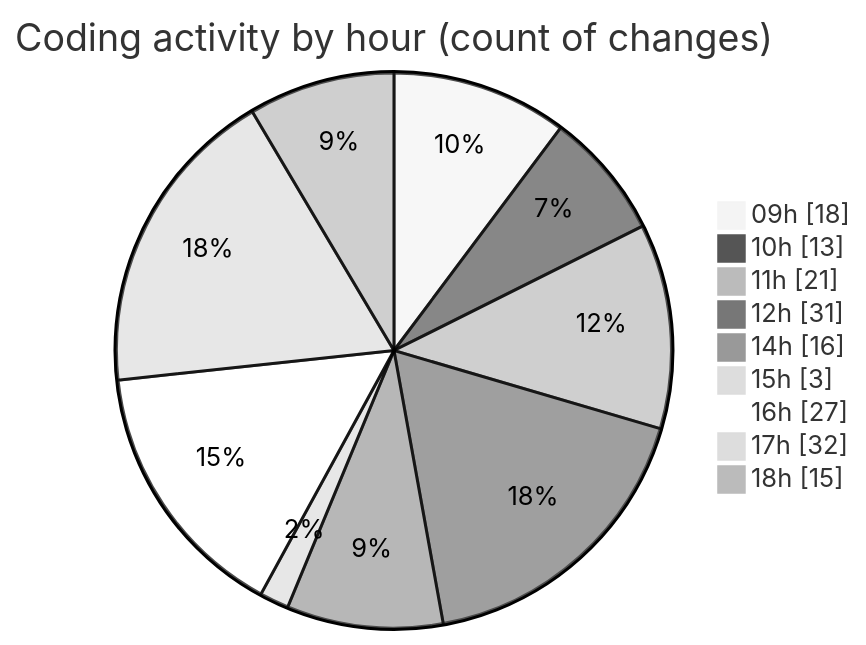
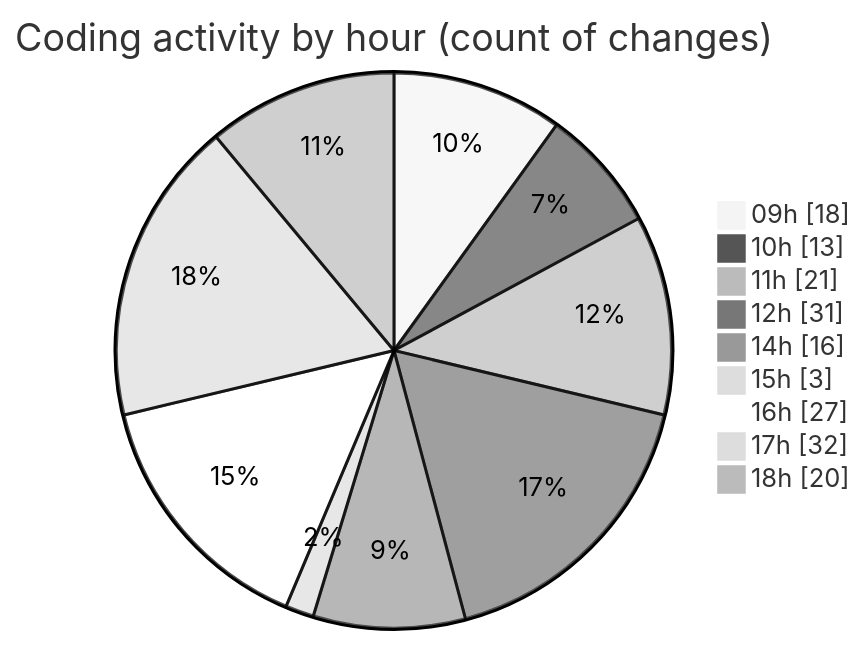
One commit to momahboobian/code-tracking changed the second of 2 diagrams in 2026-08-12/cda/README.md. Above: the diagram before and after it, drawn with Mermaid (neutral theme). The commit also changed other lines of this file and 1 other file, not shown here.

````diff
--- a/2026-08-12/cda/README.md
+++ b/2026-08-12/cda/README.md
@@ -76,13 +76,13 @@
 ```mermaid
 pie showData
 title Coding activity by hour (count of changes)
 "09h" : 18
 "10h" : 13
 "11h" : 21
 "12h" : 31
 "14h" : 16
 "15h" : 3
 "16h" : 27
 "17h" : 32
-"18h" : 15
+"18h" : 20
 ```
````
